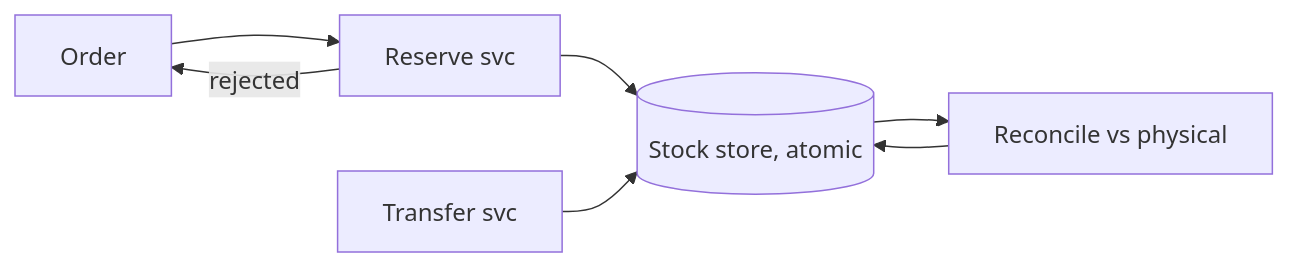
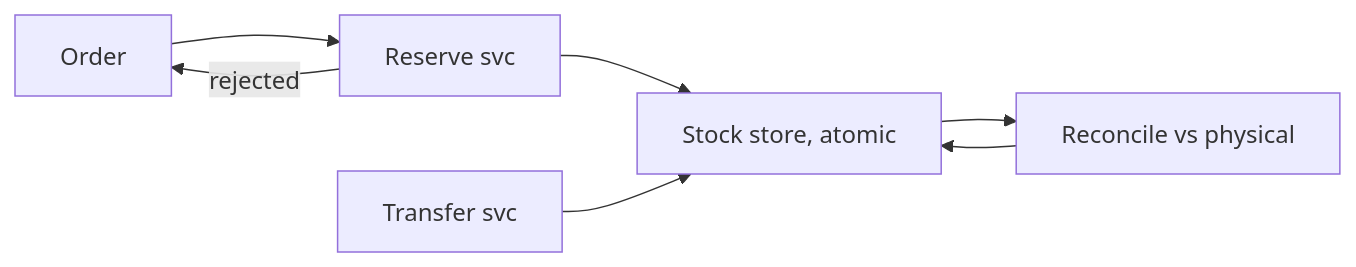
The first of 4 diagrams in case-studies/advanced/inventory-management.md (RIT-MESH/system-design-mastery), drawn with Mermaid before and after one commit. The commit also changed 139 other files, not shown here.

First line of the commit message:
Fix Mermaid parse errors: replace parentheses in node labels across 140 files

````diff
--- a/case-studies/advanced/inventory-management.md
+++ b/case-studies/advanced/inventory-management.md
@@ -53,10 +53,10 @@
 ```mermaid
 %% created-for: system-design-mastery
 flowchart LR
   Order --> Reserve[Reserve svc]
-  Reserve --> Stock[(Stock store, atomic)]
+  Reserve --> Stock[Stock store, atomic]
   Reserve -->|rejected| Order
   Transfer[Transfer svc] --> Stock
   Stock --> Reconcile[Reconcile vs physical]
   Reconcile --> Stock
 ```
````
